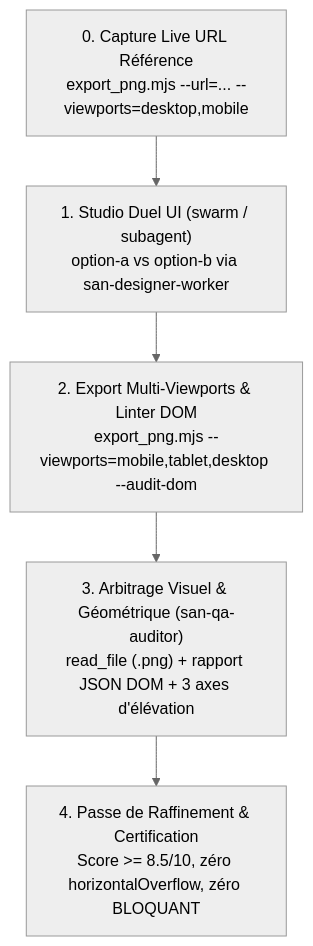
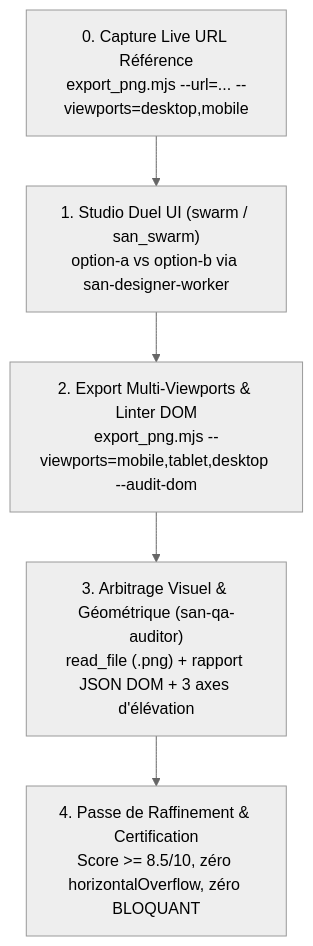
Before and after one commit to alexsan-dev/san_agy_framework: the diagram in src/skills/san_designer/SKILL.md, drawn with Mermaid (neutral theme). The commit also changed other lines of this file and 67 other files, not shown here.

Commit message:
wip(v3.0.0): checkpoint phases 1-3.4 (san_ai_harness rebrand, 120k compaction, OpenCode swarm plugin, CLI & agents)

````diff
--- a/src/skills/san_designer/SKILL.md
+++ b/src/skills/san_designer/SKILL.md
@@ -26,7 +26,7 @@
 ```mermaid
 flowchart TD
-    Ref["0. Capture Live URL Référence\nexport_png.mjs --url=... --viewports=desktop,mobile"] --> Duel["1. Studio Duel UI (swarm / subagent)\noption-a vs option-b via san-designer-worker"]
+    Ref["0. Capture Live URL Référence\nexport_png.mjs --url=... --viewports=desktop,mobile"] --> Duel["1. Studio Duel UI (swarm / san_swarm)\noption-a vs option-b via san-designer-worker"]
     Duel --> Export["2. Export Multi-Viewports & Linter DOM\nexport_png.mjs --viewports=mobile,tablet,desktop --audit-dom"]
     Export --> Audit["3. Arbitrage Visuel & Géométrique (san-qa-auditor)\nread_file (.png) + rapport JSON DOM + 3 axes d'élévation"]
     Audit --> Refine["4. Passe de Raffinement & Certification\nScore >= 8.5/10, zéro horizontalOverflow, zéro BLOQUANT"]
 ```
````
